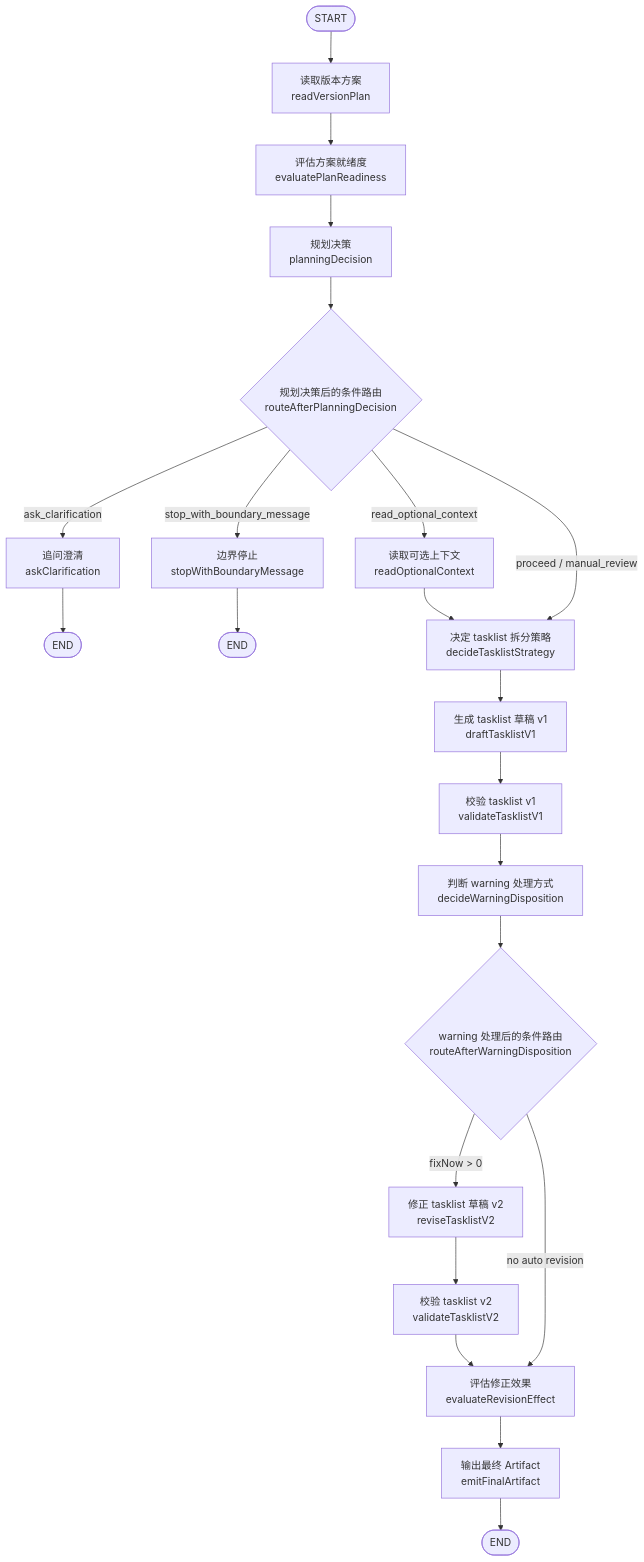
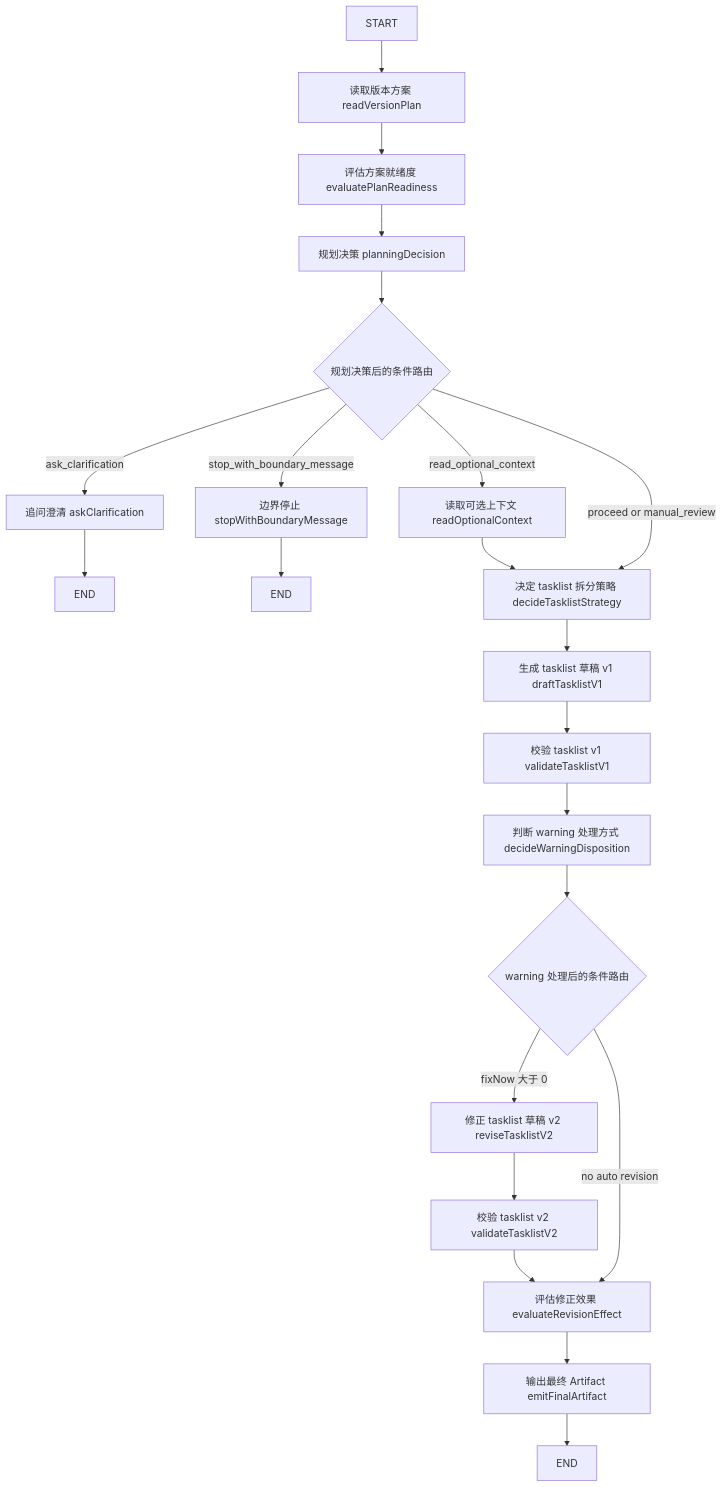
One commit to HWYD/ai-mind changed the second of 3 diagrams in docs/blogs/blog-2026-06-11-v0.2.0-controlled-agent-graph.md. Above: the diagram before and after it, drawn with Mermaid. The commit also changed other lines of this file and 100 other files, not shown here.

````diff
--- a/docs/blogs/blog-2026-06-11-v0.2.0-controlled-agent-graph.md
+++ b/docs/blogs/blog-2026-06-11-v0.2.0-controlled-agent-graph.md
@@ -804,33 +813,33 @@
 ```mermaid
-flowchart TD
-    Start(["START"]) --> Read["读取版本方案<br/>readVersionPlan"]
-    Read --> Ready["评估方案就绪度<br/>evaluatePlanReadiness"]
-    Ready --> Decision["规划决策<br/>planningDecision"]
+graph TD
+    Start["START"] --> Read["读取版本方案 readVersionPlan"]
+    Read --> Ready["评估方案就绪度 evaluatePlanReadiness"]
+    Ready --> Decision["规划决策 planningDecision"]
 
-    Decision --> RouteDecision{"规划决策后的条件路由<br/>routeAfterPlanningDecision"}
+    Decision --> RouteDecision{"规划决策后的条件路由"}
 
-    RouteDecision -- "ask_clarification" --> Ask["追问澄清<br/>askClarification"]
-    Ask --> EndAsk(["END"])
+    RouteDecision -->|ask_clarification| Ask["追问澄清 askClarification"]
+    Ask --> EndAsk["END"]
 
-    RouteDecision -- "stop_with_boundary_message" --> Stop["边界停止<br/>stopWithBoundaryMessage"]
-    Stop --> EndStop(["END"])
+    RouteDecision -->|stop_with_boundary_message| Stop["边界停止 stopWithBoundaryMessage"]
+    Stop --> EndStop["END"]
 
-    RouteDecision -- "read_optional_context" --> Optional["读取可选上下文<br/>readOptionalContext"]
-    Optional --> Strategy["决定 tasklist 拆分策略<br/>decideTasklistStrategy"]
+    RouteDecision -->|read_optional_context| Optional["读取可选上下文 readOptionalContext"]
+    Optional --> Strategy["决定 tasklist 拆分策略 decideTasklistStrategy"]
 
-    RouteDecision -- "proceed / manual_review" --> Strategy
+    RouteDecision -->|proceed or manual_review| Strategy
 
-    Strategy --> Draft["生成 tasklist 草稿 v1<br/>draftTasklistV1"]
-    Draft --> Validate1["校验 tasklist v1<br/>validateTasklistV1"]
-    Validate1 --> Warning["判断 warning 处理方式<br/>decideWarningDisposition"]
-    Warning --> RouteWarning{"warning 处理后的条件路由<br/>routeAfterWarningDisposition"}
+    Strategy --> Draft["生成 tasklist 草稿 v1 draftTasklistV1"]
+    Draft --> Validate1["校验 tasklist v1 validateTasklistV1"]
+    Validate1 --> Warning["判断 warning 处理方式 decideWarningDisposition"]
+    Warning --> RouteWarning{"warning 处理后的条件路由"}
 
-    RouteWarning -- "fixNow > 0" --> Revise["修正 tasklist 草稿 v2<br/>reviseTasklistV2"]
-    Revise --> Validate2["校验 tasklist v2<br/>validateTasklistV2"]
-    Validate2 --> Revision["评估修正效果<br/>evaluateRevisionEffect"]
+    RouteWarning -->|fixNow 大于 0| Revise["修正 tasklist 草稿 v2 reviseTasklistV2"]
+    Revise --> Validate2["校验 tasklist v2 validateTasklistV2"]
+    Validate2 --> Revision["评估修正效果 evaluateRevisionEffect"]
 
-    RouteWarning -- "no auto revision" --> Revision
+    RouteWarning -->|no auto revision| Revision
 
-    Revision --> Artifact["输出最终 Artifact<br/>emitFinalArtifact"]
-    Artifact --> EndFinal(["END"])
+    Revision --> Artifact["输出最终 Artifact emitFinalArtifact"]
+    Artifact --> EndFinal["END"]
 ```
````
